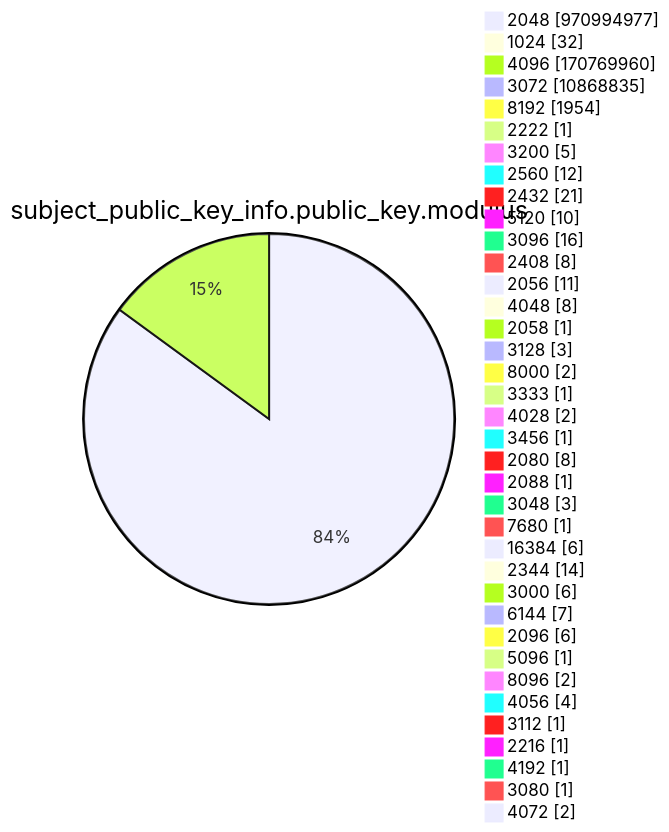
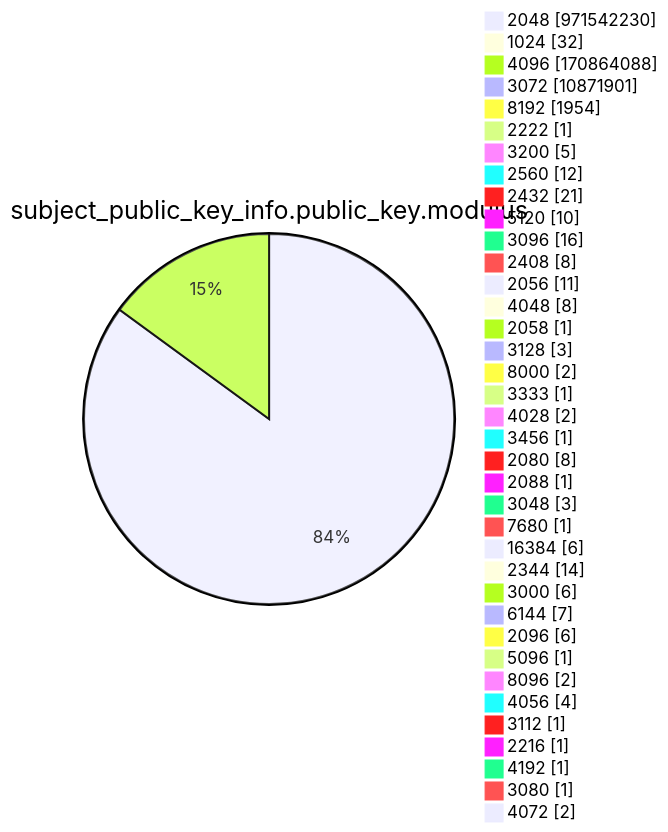
One commit to christiankrug/ctmonitor_visualization changed diagram 13 of 15 in argon2022/README.md. Above: the diagram before and after it, drawn with Mermaid. The commit also changed other lines of this file, not shown here.

````diff
--- a/argon2022/README.md
+++ b/argon2022/README.md
@@ -3587,41 +3587,41 @@
 ```mermaid
 pie showData
 title subject_public_key_info.public_key.modulus
-"2048" :970994977
+"2048" :971542230
 "1024" :32
-"4096" :170769960
-"3072" :10868835
+"4096" :170864088
+"3072" :10871901
 "8192" :1954
 "2222" :1
 "3200" :5
 "2560" :12
 "2432" :21
 "5120" :10
 "3096" :16
 "2408" :8
 "2056" :11
 "4048" :8
 "2058" :1
 "3128" :3
 "8000" :2
 "3333" :1
 "4028" :2
 "3456" :1
 "2080" :8
 "2088" :1
 "3048" :3
 "7680" :1
 "16384" :6
 "2344" :14
 "3000" :6
 "6144" :7
 "2096" :6
 "5096" :1
 "8096" :2
 "4056" :4
 "3112" :1
 "2216" :1
 "4192" :1
 "3080" :1
 "4072" :2
 ```
````
